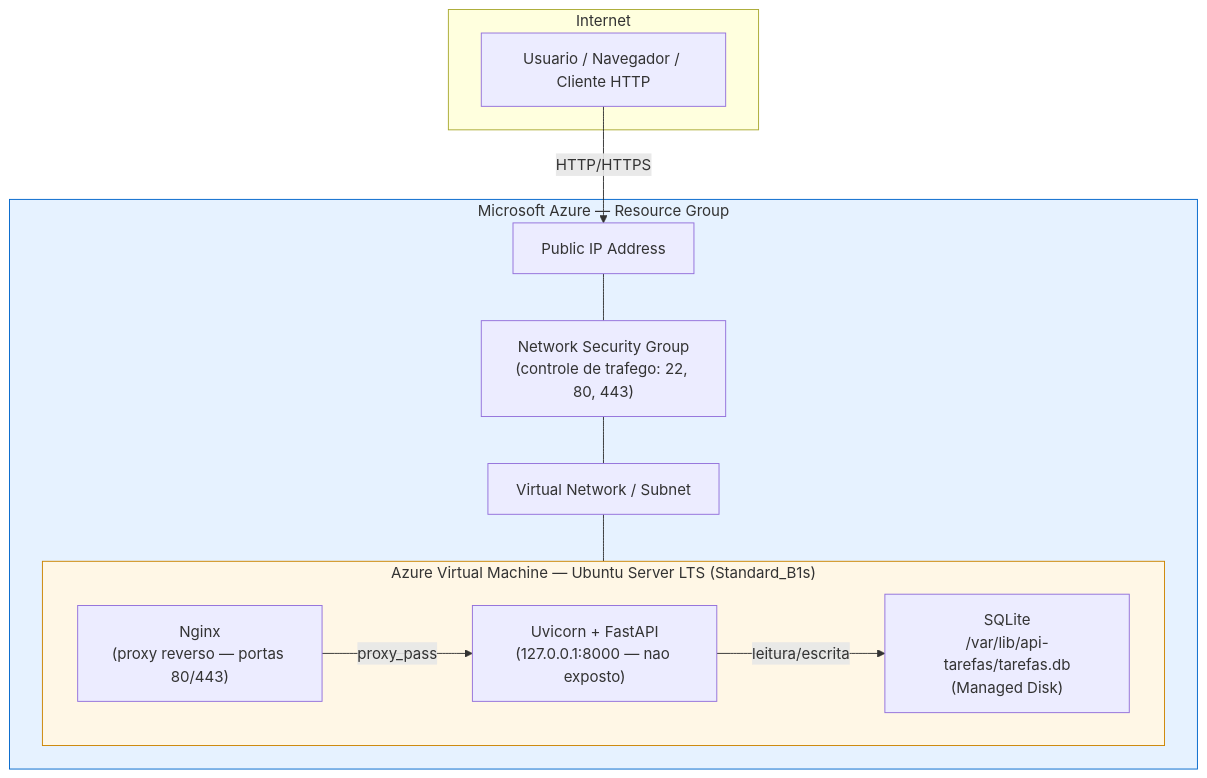
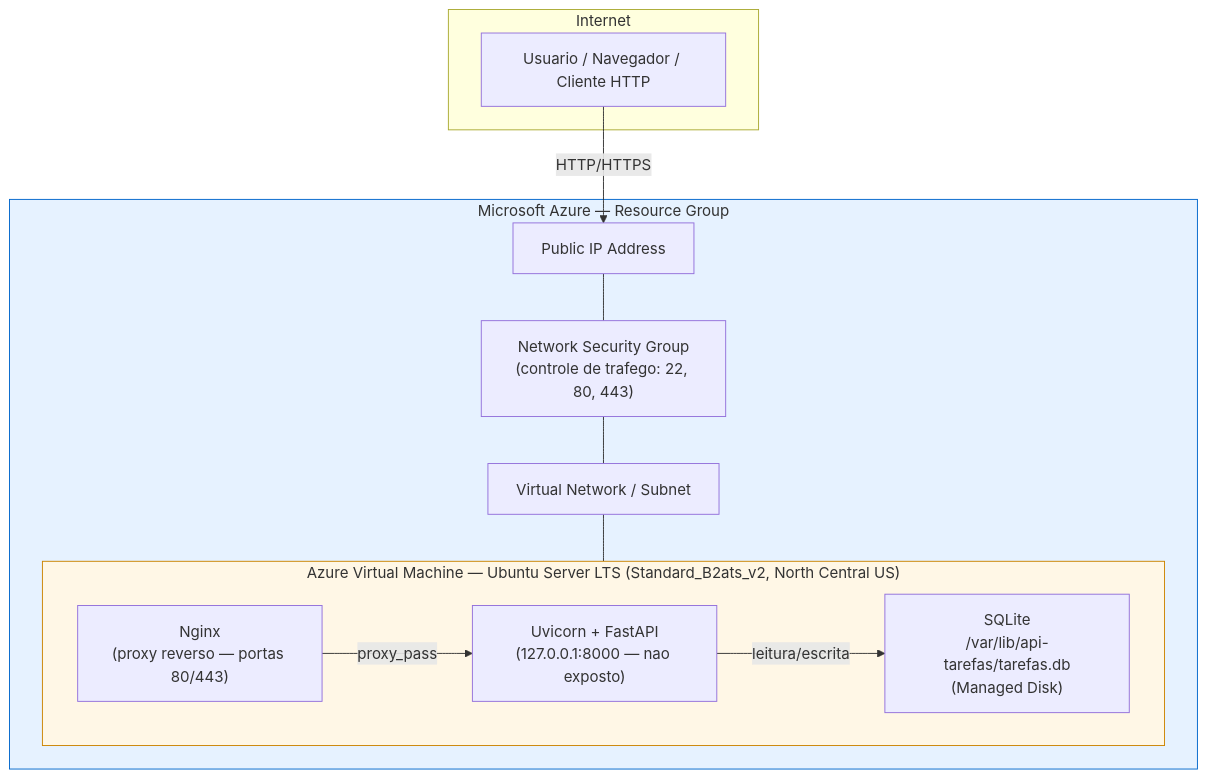
One commit to brenoaveiro/api-tarefas-fastapi-sqlite-azure changed the diagram in docs/diagramas/01-arquitetura-azure.md. Above: the diagram before and after it, drawn with Mermaid. The commit also changed 10 other files, not shown here.

````diff
--- a/docs/diagramas/01-arquitetura-azure.md
+++ b/docs/diagramas/01-arquitetura-azure.md
@@ -7,34 +7,34 @@
 ```mermaid
 flowchart TB
     Usuario["Usuario / Navegador / Cliente HTTP"]
 
     subgraph Internet[" Internet "]
         Usuario
     end
 
     subgraph Azure["Microsoft Azure — Resource Group"]
         PublicIP["Public IP Address"]
         NSG["Network Security Group\n(controle de trafego: 22, 80, 443)"]
         VNet["Virtual Network / Subnet"]
 
-        subgraph VM["Azure Virtual Machine — Ubuntu Server LTS (Standard_B1s)"]
+        subgraph VM["Azure Virtual Machine — Ubuntu Server LTS (Standard_B2ats_v2, North Central US)"]
             Nginx["Nginx\n(proxy reverso — portas 80/443)"]
             Uvicorn["Uvicorn + FastAPI\n(127.0.0.1:8000 — nao exposto)"]
             SQLite["SQLite\n/var/lib/api-tarefas/tarefas.db\n(Managed Disk)"]
 
             Nginx -->|proxy_pass| Uvicorn
             Uvicorn -->|leitura/escrita| SQLite
         end
 
         PublicIP --- NSG
         NSG --- VNet
         VNet --- VM
     end
 
     Usuario -->|HTTP/HTTPS| PublicIP
 
     classDef azureBox fill:#e6f2ff,stroke:#0066cc;
     classDef vmBox fill:#fff7e6,stroke:#cc8400;
     class Azure azureBox
     class VM vmBox
 ```
````
